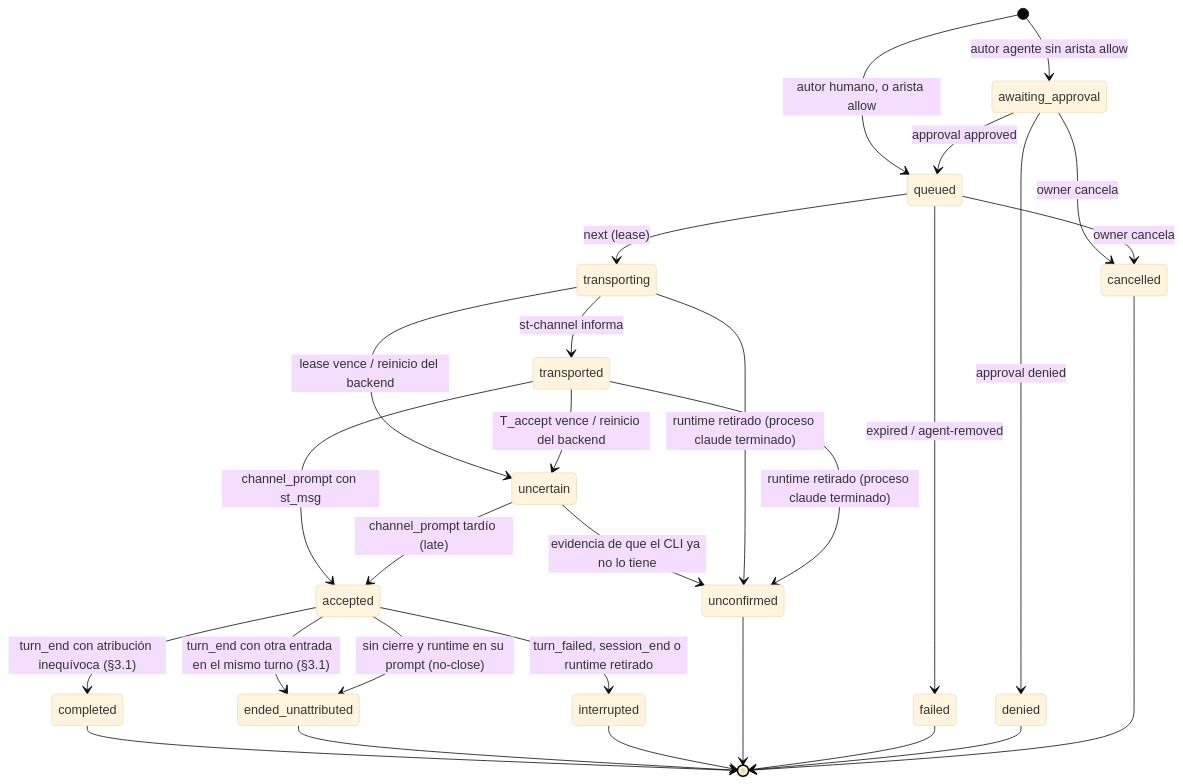
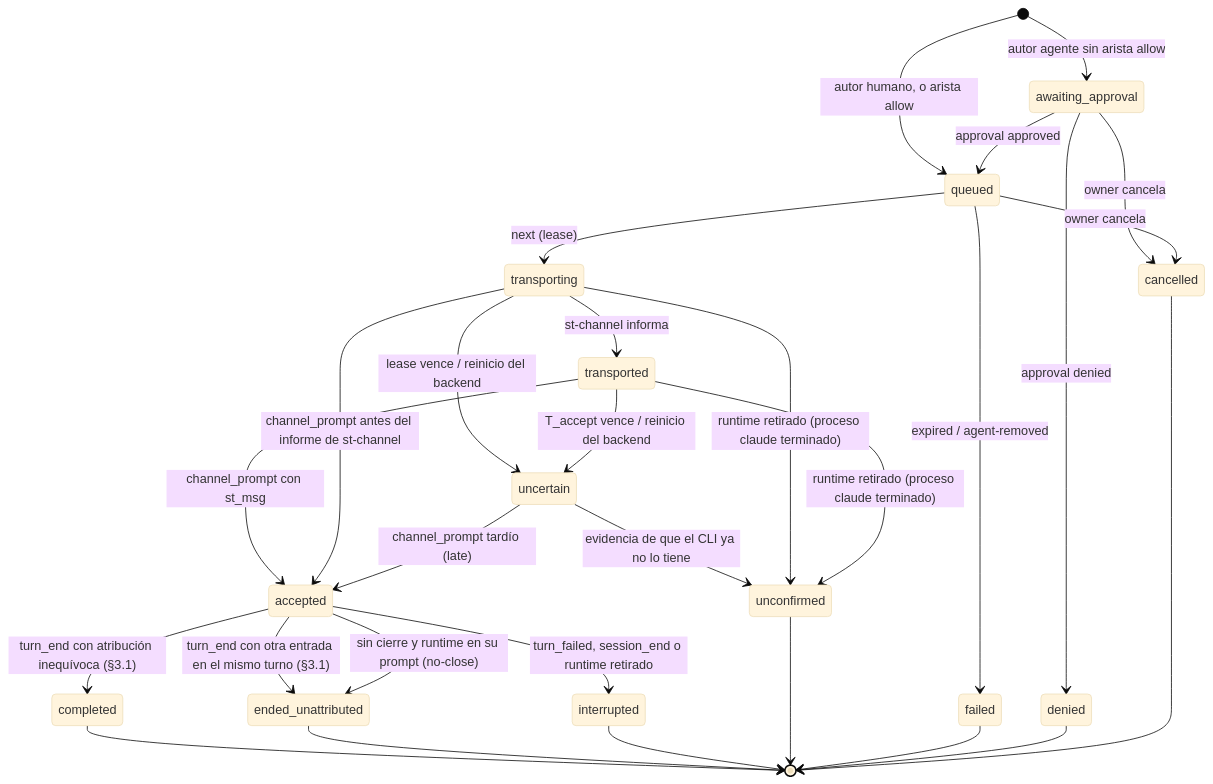
One commit to gatof81/shared-terminal changed the diagram in docs/design/project-chat/03-protocol.md. Above: the diagram before and after it, drawn with Mermaid (base theme). The commit also changed other lines of this file and 3 other files, not shown here.

````diff
--- a/docs/design/project-chat/03-protocol.md
+++ b/docs/design/project-chat/03-protocol.md
@@ -102,30 +102,31 @@
 ```mermaid
 stateDiagram-v2
   [*] --> awaiting_approval: autor agente sin arista allow
   [*] --> queued: autor humano, o arista allow
   awaiting_approval --> queued: approval approved
   awaiting_approval --> denied: approval denied
   awaiting_approval --> cancelled: owner cancela
   queued --> transporting: next (lease)
   queued --> cancelled: owner cancela
   queued --> failed: expired / agent-removed
   transporting --> transported: st-channel informa
   transporting --> uncertain: lease vence / reinicio del backend
   transported --> accepted: channel_prompt con st_msg
+  transporting --> accepted: channel_prompt antes del informe de st-channel
   transported --> uncertain: T_accept vence / reinicio del backend
   uncertain --> accepted: channel_prompt tardío (late)
   uncertain --> unconfirmed: evidencia de que el CLI ya no lo tiene
   transporting --> unconfirmed: runtime retirado (proceso claude terminado)
   transported --> unconfirmed: runtime retirado (proceso claude terminado)
   accepted --> completed: turn_end con atribución inequívoca (§3.1)
   accepted --> ended_unattributed: turn_end con otra entrada en el mismo turno (§3.1)
   accepted --> ended_unattributed: sin cierre y runtime en su prompt (no-close)
   accepted --> interrupted: turn_failed, session_end o runtime retirado
   completed --> [*]
   ended_unattributed --> [*]
   interrupted --> [*]
   unconfirmed --> [*]
   failed --> [*]
   denied --> [*]
   cancelled --> [*]
 ```
````
